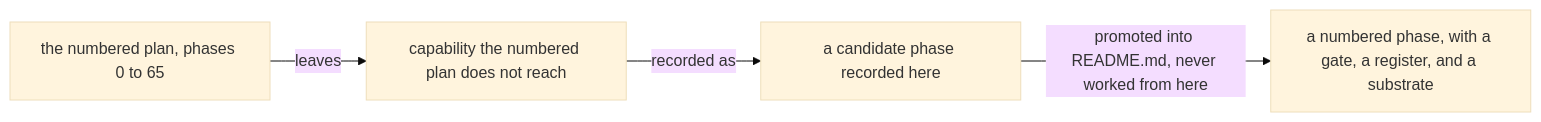
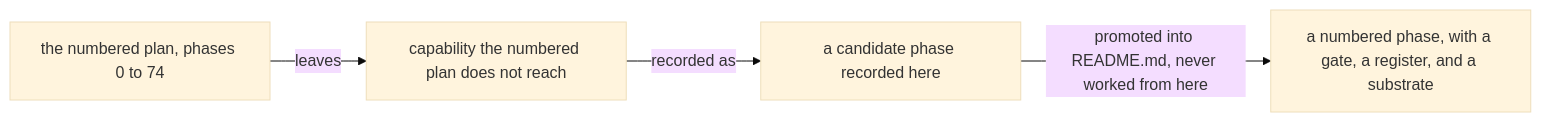
The diagram in DEVELOPMENT_PLAN/later_phases.md (Tuee22/amoebius), drawn with Mermaid (base theme) before and after one commit. The commit also changed other lines of this file and 381 other files, not shown here.

````diff
--- a/DEVELOPMENT_PLAN/later_phases.md
+++ b/DEVELOPMENT_PLAN/later_phases.md
@@ -95,11 +95,11 @@
 ```mermaid
 flowchart LR
   %% register: orientation
-  n["the numbered plan, phases 0 to 65"]
+  n["the numbered plan, phases 0 to 74"]
   cap["capability the numbered plan does not reach"]
   cand["a candidate phase recorded here"]
   num["a numbered phase, with a gate, a register, and a substrate"]
   n -->|"leaves"| cap
   cap -->|"recorded as"| cand
   cand -->|"promoted into README.md, never worked from here"| num
 ```
````
